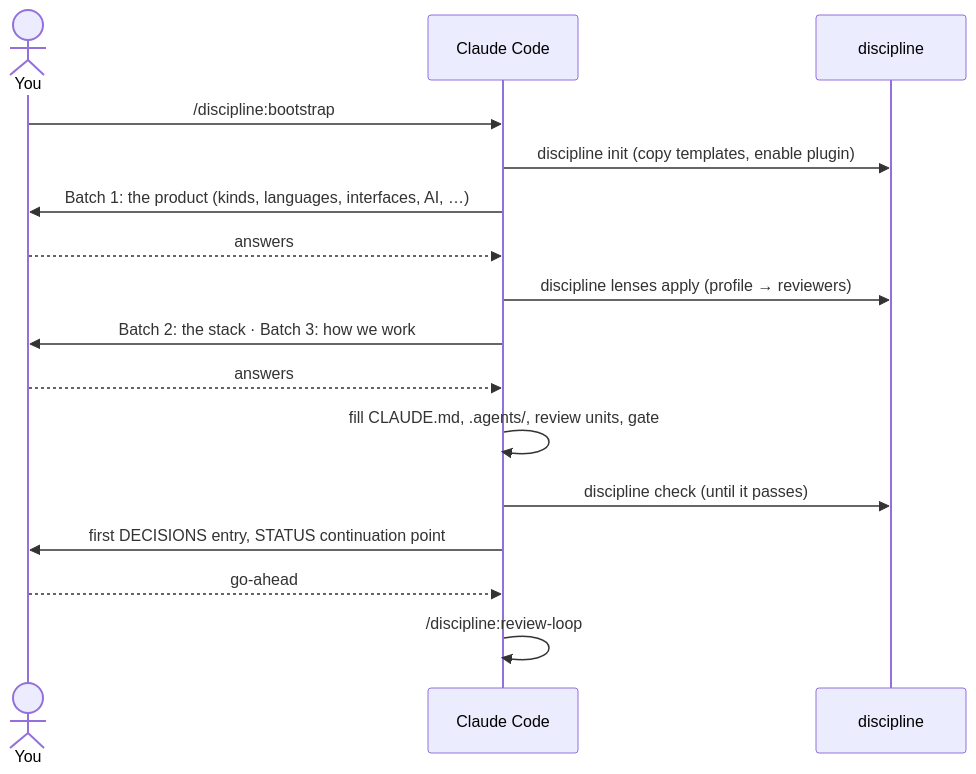
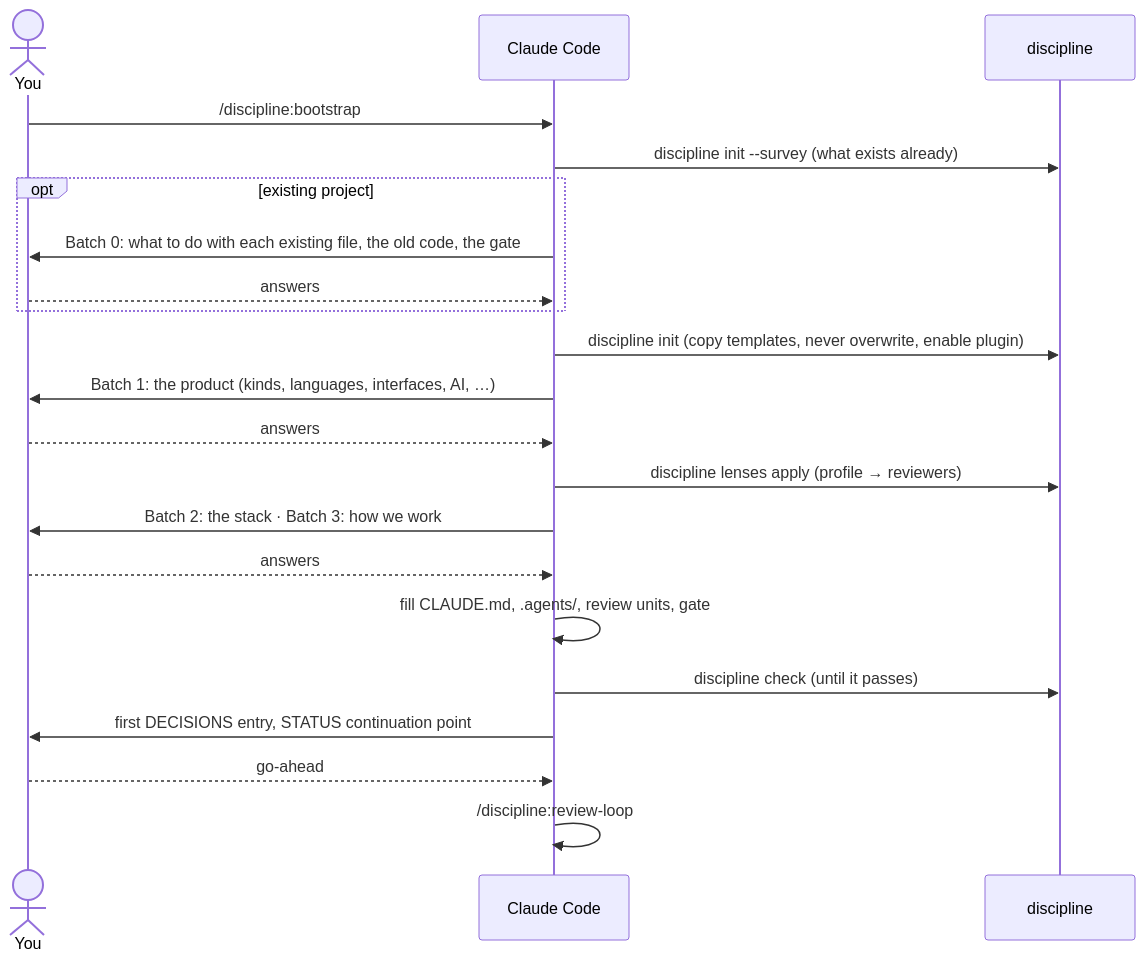
Before and after one commit to chaordic-io/discipline: the first of 8 diagrams in README.md, drawn with Mermaid. The commit also changed other lines of this file and 22 other files, not shown here.

````diff
--- a/README.md
+++ b/README.md
@@ -132,18 +145,23 @@
 ```mermaid
 sequenceDiagram
     actor U as You
     participant A as Claude Code
     participant D as discipline
     U->>A: /discipline:bootstrap
-    A->>D: discipline init (copy templates, enable plugin)
+    A->>D: discipline init --survey (what exists already)
+    opt existing project
+        A->>U: Batch 0: what to do with each existing file, the old code, the gate
+        U-->>A: answers
+    end
+    A->>D: discipline init (copy templates, never overwrite, enable plugin)
     A->>U: Batch 1: the product (kinds, languages, interfaces, AI, …)
     U-->>A: answers
     A->>D: discipline lenses apply (profile → reviewers)
     A->>U: Batch 2: the stack · Batch 3: how we work
     U-->>A: answers
     A->>A: fill CLAUDE.md, .agents/, review units, gate
     A->>D: discipline check (until it passes)
     A->>U: first DECISIONS entry, STATUS continuation point
     U-->>A: go-ahead
     A->>A: /discipline:review-loop
 ```
````
